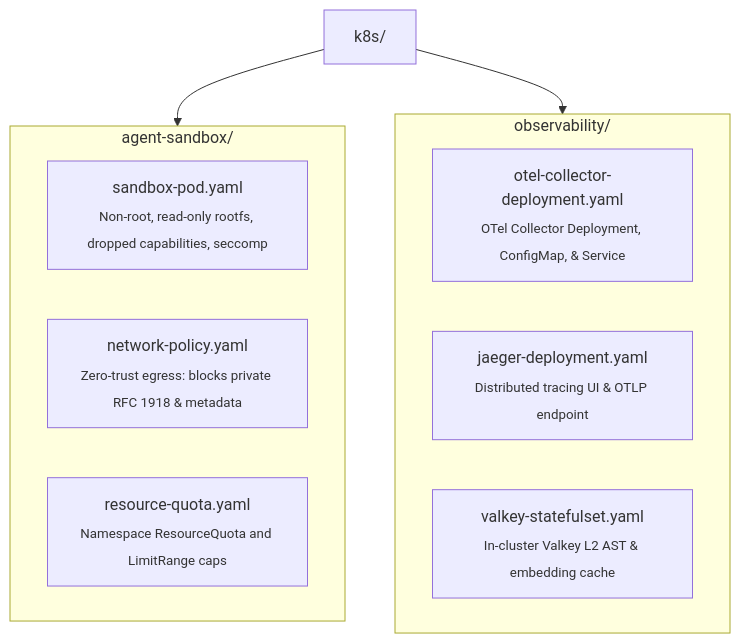
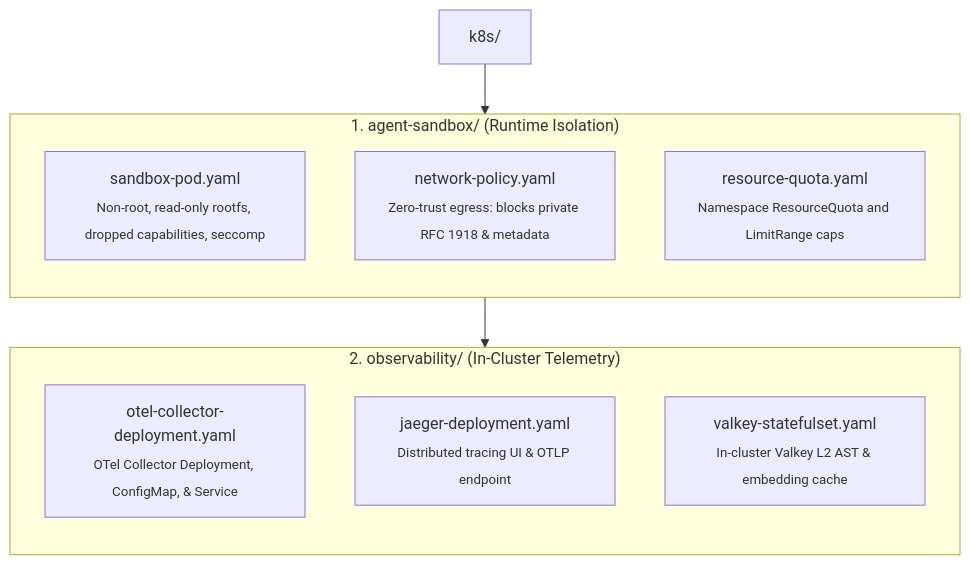
One commit to dan-petty/vibes changed the diagram in resources/k8s/README.md. Above: the diagram before and after it, drawn with Mermaid. The commit also changed 3 other files, not shown here.

Commit message:
docs: format directory map Mermaid diagrams in portrait orientation

````diff
--- a/resources/k8s/README.md
+++ b/resources/k8s/README.md
@@ -9,19 +9,21 @@
 ```mermaid
 flowchart TD
     K8s["k8s/"]
 
-    subgraph Sandbox["agent-sandbox/"]
+    subgraph Sandbox["1. agent-sandbox/ (Runtime Isolation)"]
+        direction TB
         P_Pod["sandbox-pod.yaml<br><sub>Non-root, read-only rootfs, dropped capabilities, seccomp</sub>"]
         P_Net["network-policy.yaml<br><sub>Zero-trust egress: blocks private RFC 1918 & metadata</sub>"]
         P_Quota["resource-quota.yaml<br><sub>Namespace ResourceQuota and LimitRange caps</sub>"]
     end
 
-    subgraph Obs["observability/"]
+    subgraph Obs["2. observability/ (In-Cluster Telemetry)"]
+        direction TB
         O_OTel["otel-collector-deployment.yaml<br><sub>OTel Collector Deployment, ConfigMap, & Service</sub>"]
         O_Jaeger["jaeger-deployment.yaml<br><sub>Distributed tracing UI & OTLP endpoint</sub>"]
         O_Valkey["valkey-statefulset.yaml<br><sub>In-cluster Valkey L2 AST & embedding cache</sub>"]
     end
 
     K8s --> Sandbox
-    K8s --> Obs
+    Sandbox --> Obs
 ```
````
